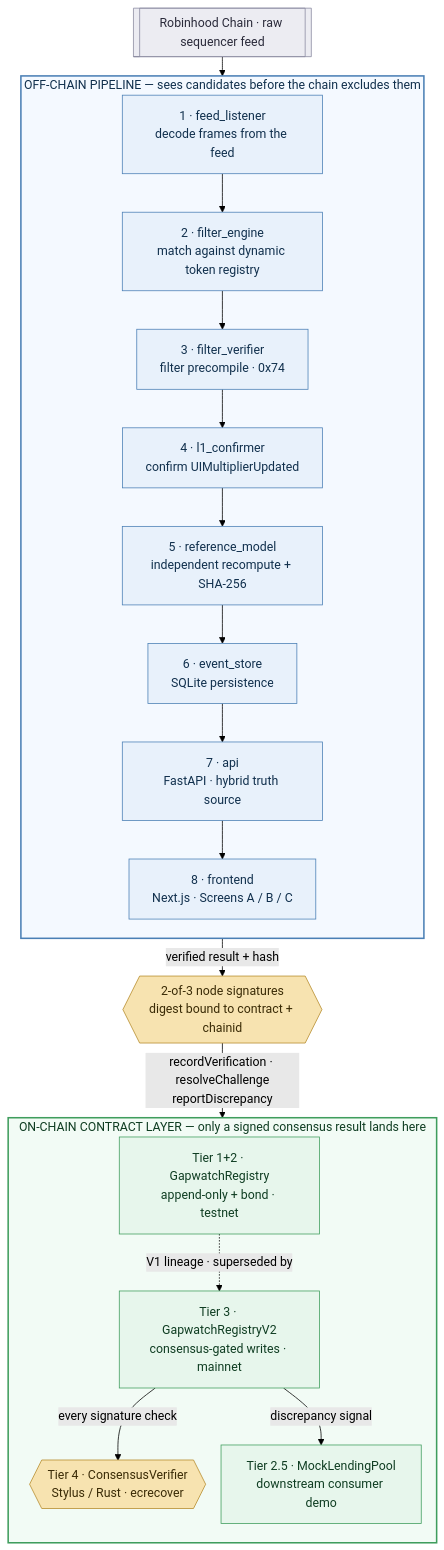
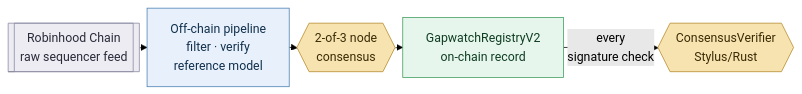
One commit to pplmaverick/gapwatch changed the diagram in README.md. Above: the diagram before and after it, drawn with Mermaid (forest theme). The commit also changed other lines of this file and 1 other file, not shown here.

Commit message:
Split architecture diagram: bird's-eye view in README, full detail in docs/architecture.md

````diff
--- a/README.md
+++ b/README.md
@@ -67,49 +67,22 @@
 ```mermaid
-%%{init: {'flowchart': {'nodeSpacing': 20, 'rankSpacing': 25}}}%%
-flowchart TD
-    FEED[["Robinhood Chain · raw sequencer feed"]]
+%%{init: {"flowchart": {"nodeSpacing": 10, "rankSpacing": 10}}}%%
+flowchart LR
+    A[["Robinhood Chain<br/>raw sequencer feed"]]
+    B["Off-chain pipeline<br/>filter · verify<br/>reference model"]
+    C{{"2-of-3 node<br/>consensus"}}
+    D["GapwatchRegistryV2<br/>on-chain record"]
+    E{{"ConsensusVerifier<br/>Stylus/Rust"}}
 
-    subgraph OFF["OFF-CHAIN PIPELINE — sees candidates before the chain excludes them"]
-        direction TB
-        M1["1 · feed_listener<br/>decode frames from the feed"]
-        M2["2 · filter_engine<br/>match against dynamic token registry"]
-        M3["3 · filter_verifier<br/>filter precompile · 0x74"]
-        M4["4 · l1_confirmer<br/>confirm UIMultiplierUpdated"]
-        M5["5 · reference_model<br/>independent recompute + SHA-256"]
-        M6["6 · event_store<br/>SQLite persistence"]
-        M7["7 · api<br/>FastAPI · hybrid truth source"]
-        M8["8 · frontend<br/>Next.js · Screens A / B / C"]
-        M1 --> M2 --> M3 --> M4 --> M5 --> M6 --> M7 --> M8
-    end
-
-    GATE{{"2-of-3 node signatures<br/>digest bound to contract + chainid"}}
-
-    subgraph ON["ON-CHAIN CONTRACT LAYER — only a signed consensus result lands here"]
-        direction TB
-        T3["Tier 3 · GapwatchRegistryV2<br/>consensus-gated writes · mainnet"]
-        T4{{"Tier 4 · ConsensusVerifier<br/>Stylus / Rust · ecrecover"}}
-        T25["Tier 2.5 · MockLendingPool<br/>downstream consumer demo"]
-        T12["Tier 1+2 · GapwatchRegistry<br/>append-only + bond · testnet"]
-
-        T3 -- "every signature check" --> T4
-        T3 -- "discrepancy signal" --> T25
-        T12 -. "V1 lineage · superseded by" .-> T3
-    end
-
-    FEED --> OFF
-    OFF -- "verified result + hash" --> GATE
-    GATE -- "recordVerification · resolveChallenge<br/>reportDiscrepancy" --> ON
+    A --> B --> C --> D
+    D -- "every<br/>signature check" --> E
 
     classDef offchain fill:#e8f1fb,stroke:#4a7fb5,color:#11304d
     classDef onchain fill:#e7f6ec,stroke:#3f9d5d,color:#0f3d22
     classDef gate fill:#f7e3b0,stroke:#b58a2a,color:#3a2b06
     classDef source fill:#ececf2,stroke:#8b8ba0,color:#2a2a3a
 
-    class M1,M2,M3,M4,M5,M6,M7,M8 offchain
-    class T3,T25,T12 onchain
-    class T4,GATE gate
-    class FEED source
-
-    style OFF fill:#f4f9ff,stroke:#4a7fb5,stroke-width:2px,color:#11304d
-    style ON fill:#f2fbf5,stroke:#3f9d5d,stroke-width:2px,color:#0f3d22
+    class B offchain
+    class D onchain
+    class C,E gate
+    class A source
 ```
````
